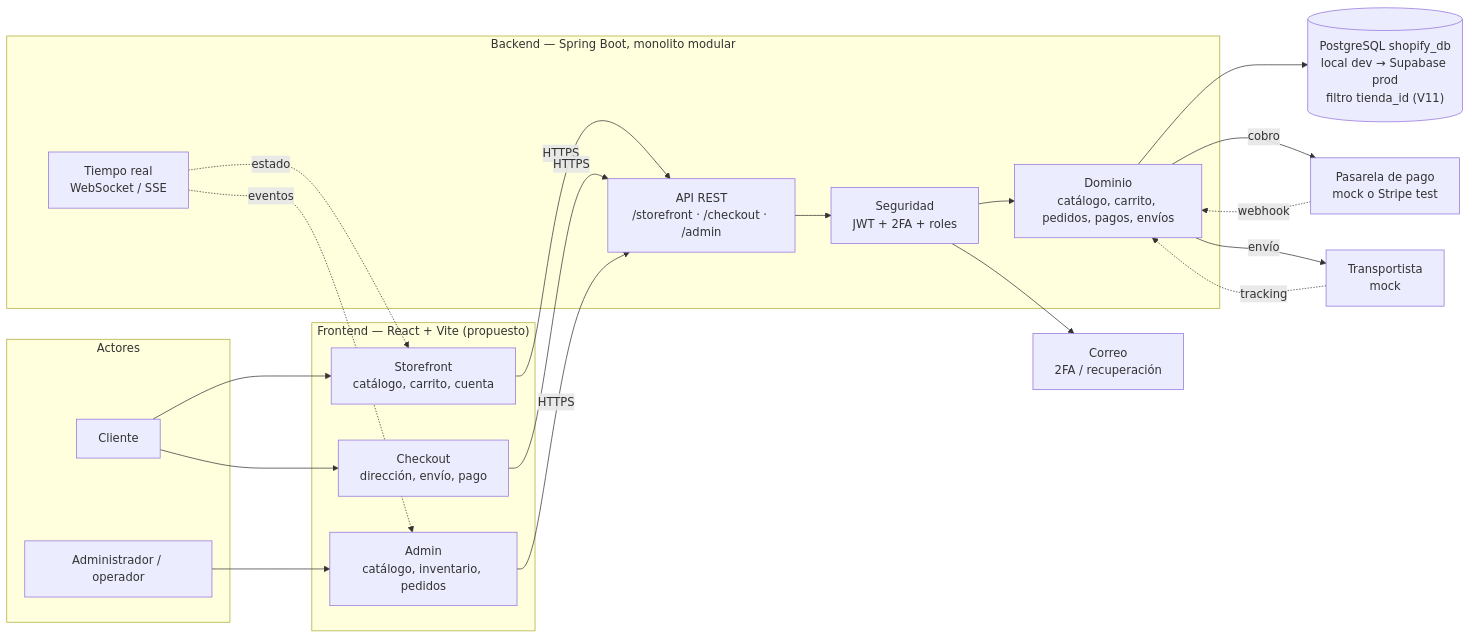
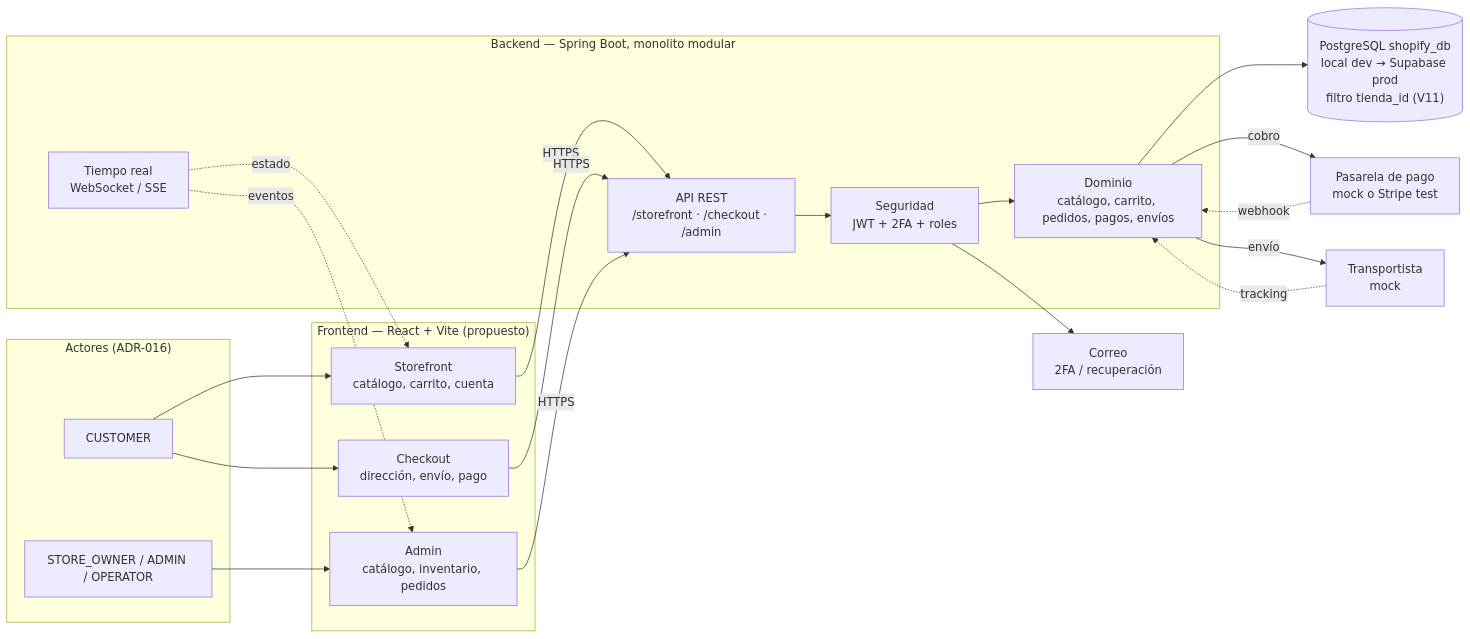
The second of 2 diagrams in diagramas/00-contexto-y-superficies.md (LeandroPacsiM/shopify-backend), drawn with Mermaid before and after one commit. The commit also changed other lines of this file and 21 other files, not shown here.

First line of the commit message:
F0: terminologia canonica ADR-016 en docs y diagramas

````diff
--- a/diagramas/00-contexto-y-superficies.md
+++ b/diagramas/00-contexto-y-superficies.md
@@ -233,44 +233,44 @@
 ```mermaid
 flowchart LR
-    subgraph ACT["Actores"]
-        CLI["Cliente"]
-        OPE["Administrador / operador"]
+    subgraph ACT["Actores (ADR-016)"]
+        CLI["CUSTOMER"]
+        OPE["STORE_OWNER / ADMIN / OPERATOR"]
     end
 
     subgraph FE["Frontend — React + Vite (propuesto)"]
         SF["Storefront<br/>catálogo, carrito, cuenta"]
         CK["Checkout<br/>dirección, envío, pago"]
         AD["Admin<br/>catálogo, inventario, pedidos"]
     end
 
     subgraph BE["Backend — Spring Boot, monolito modular"]
         API["API REST<br/>/storefront · /checkout · /admin"]
         SEC["Seguridad<br/>JWT + 2FA + roles"]
         DOM["Dominio<br/>catálogo, carrito, pedidos, pagos, envíos"]
         RT["Tiempo real<br/>WebSocket / SSE"]
     end
 
     DB[("PostgreSQL shopify_db<br/>local dev → Supabase prod<br/>filtro tienda_id (V11)")]
     PAY["Pasarela de pago<br/>mock o Stripe test"]
     CAR["Transportista<br/>mock"]
     MAIL["Correo<br/>2FA / recuperación"]
 
     CLI --> SF
     CLI --> CK
     OPE --> AD
 
     SF -->|HTTPS| API
     CK -->|HTTPS| API
     AD -->|HTTPS| API
 
     API --> SEC
     SEC --> DOM
     DOM --> DB
     DOM -->|cobro| PAY
     PAY -.->|webhook| DOM
     DOM -->|envío| CAR
     CAR -.->|tracking| DOM
     SEC --> MAIL
     RT -.->|eventos| AD
     RT -.->|estado| SF
 ```
````
